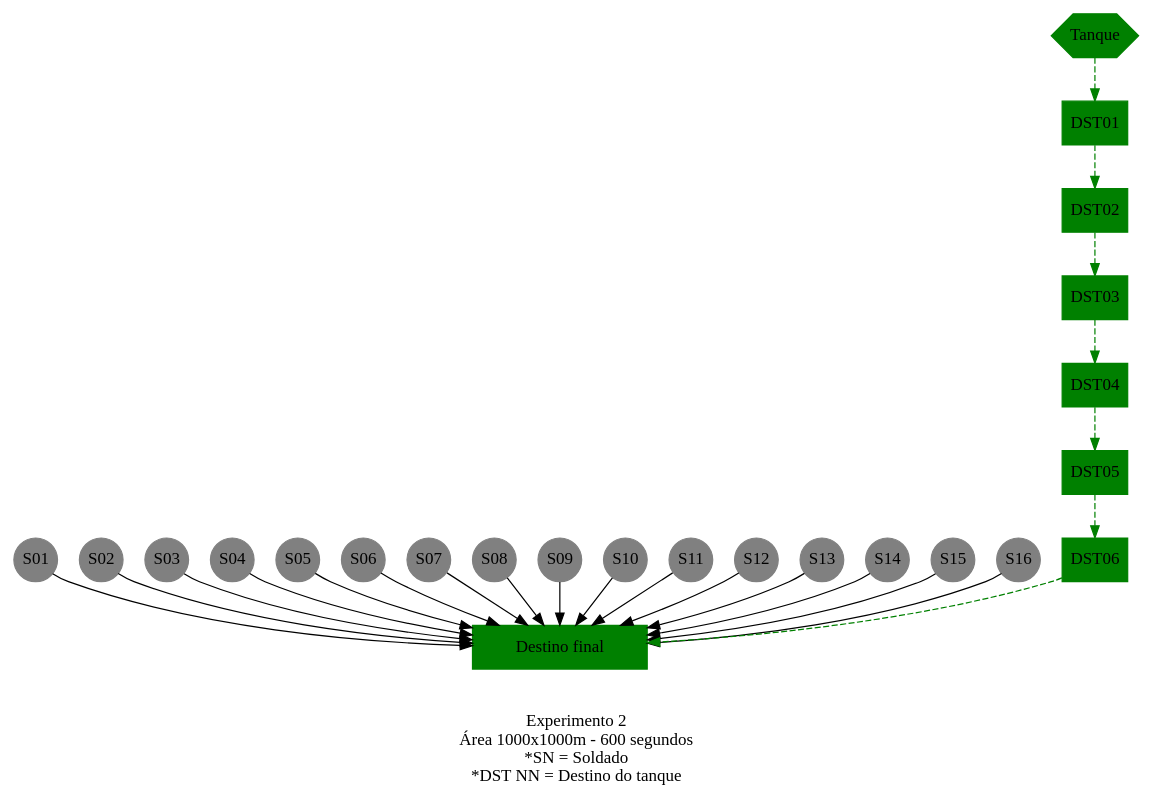
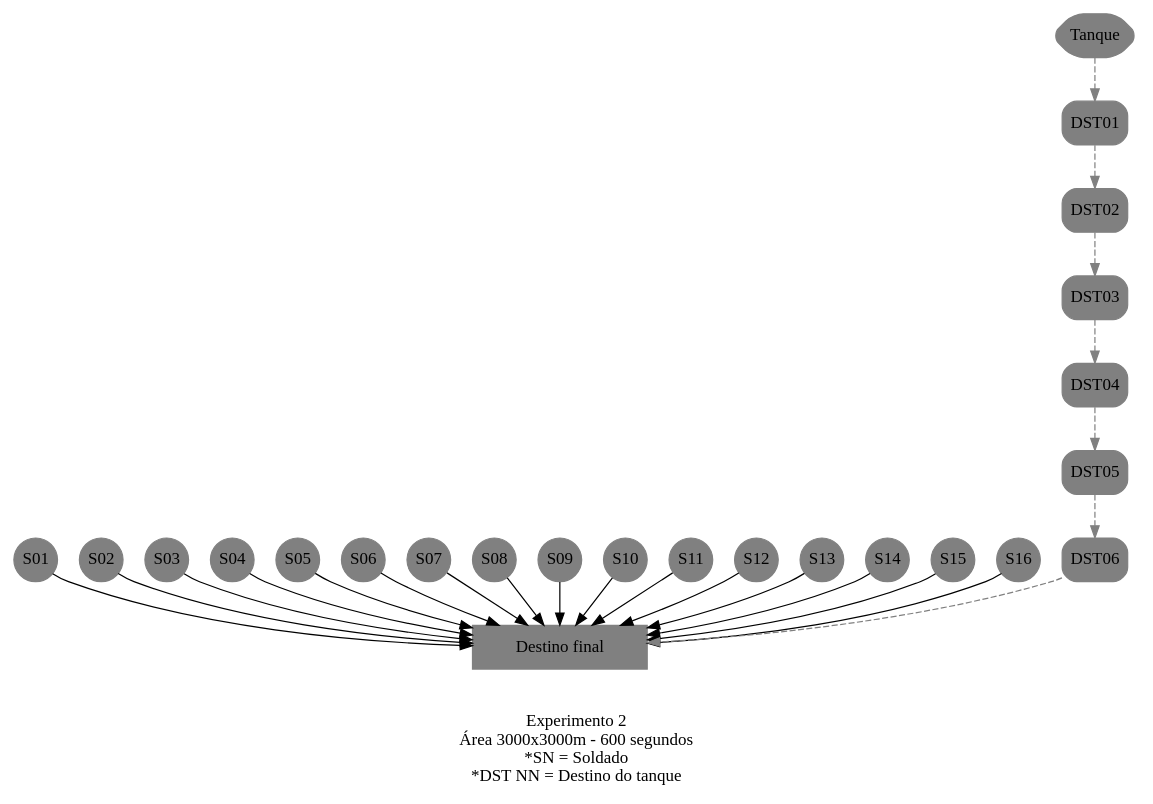
The diagram in doc/TCC/images-source/experimento2.dot (fabiosammy/TCC_NS2), drawn with Graphviz before and after one commit. The commit also changed 70 other files, not shown here.

```diff
--- a/doc/TCC/images-source/experimento2.dot
+++ b/doc/TCC/images-source/experimento2.dot
@@ -1,32 +1,32 @@
 digraph experimento2 {
 
-	node[color=grey,shape=circle,fixedsize=true,style="filled",size=18,pin=true];
+	node[color=gray,shape=circle,fixedsize=true,style="filled",size=18,pin=true];
 	S01[pos="0.0,4.0"]; S02[pos="0.5,4.0"]; S03[pos="0.0,4.5"]; S04[pos="0.5,4.5"];
 	S05[pos="0.0,2.0"]; S06[pos="0.5,2.0"]; S07[pos="0.0,2.5"]; S08[pos="0.5,2.5"];
 	S09[pos="2.0,0.0"]; S10[pos="2.5,0.0"]; S11[pos="2.0,0.5"]; S12[pos="2.5,0.5"];
 	S13[pos="4.0,0.0"]; S14[pos="4.5,0.0"]; S15[pos="4.0,0.5"]; S16[pos="4.5,0.5"];
 
-	node[color=green,shape=box,pin=true];
+	node[color=gray,shape=box,pin=true];
 	DS[label="Destino final",pos="6.0,3.5",width="2"];
 
 	//edge[style="snake=snake"]
 	S01 -> DS; S02 -> DS; S03 -> DS; S04 -> DS;
 	S05 -> DS; S06 -> DS; S07 -> DS; S08 -> DS;
 	S09 -> DS; S10 -> DS; S11 -> DS; S12 -> DS;
 	S13 -> DS; S14 -> DS; S15 -> DS; S16 -> DS;
 
-	node[color=green,shape=hexagon,pin=true];
+	node[color=gray,style="rounded,filled",shape=hexagon,pin=true];
 	Tank[label="Tanque",pos="0.0,0.0",width=1];
 
-	node[color=green,shape=box,style=filled,pin=true]
+	node[color=gray,shape=box,pin=true]
 	DST01[pos="1.0,1.0"]
 	DST02[pos="1.5,2.0"]
 	DST03[pos="3.0,2.0"]
 	DST04[pos="4.5,2.0"]
 	DST05[pos="3.0,3.0"]
 	DST06[pos="4.0,4.0"]
 
-	Tank -> DST01 -> DST02 -> DST03 -> DST04 -> DST05 -> DST06 -> DS[style="dashed",color="green"];
+	Tank -> DST01 -> DST02 -> DST03 -> DST04 -> DST05 -> DST06 -> DS[style="dashed",color="gray"];
 
-	label="\n\nExperimento 2 \nÁrea 1000x1000m - 600 segundos \n*SN = Soldado \n*DST NN = Destino do tanque"
+	label="\n\nExperimento 2 \nÁrea 3000x3000m - 600 segundos \n*SN = Soldado \n*DST NN = Destino do tanque"
 }
```
